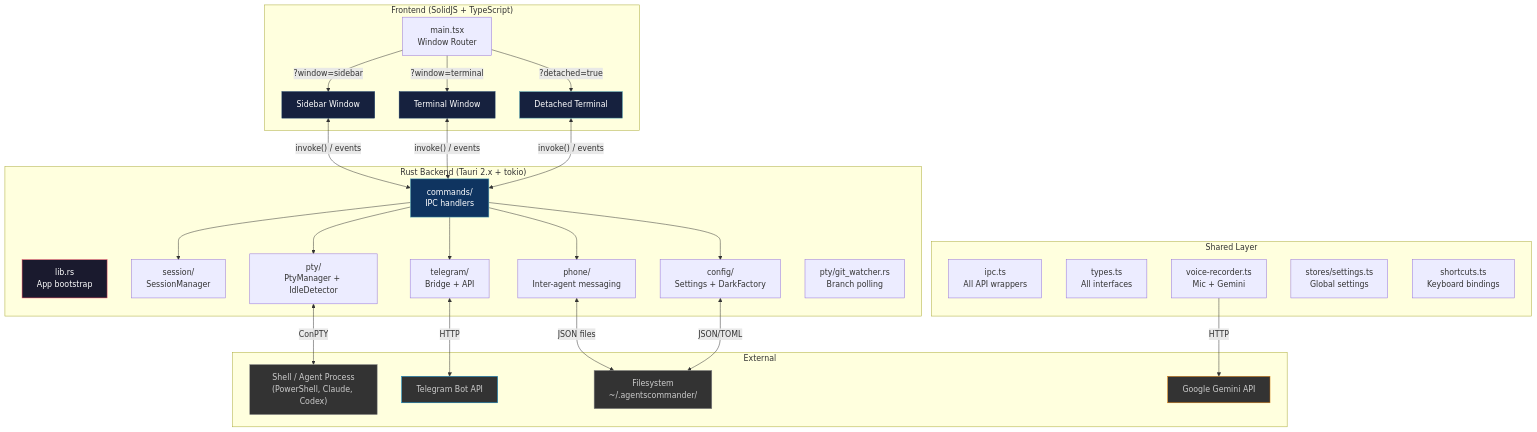
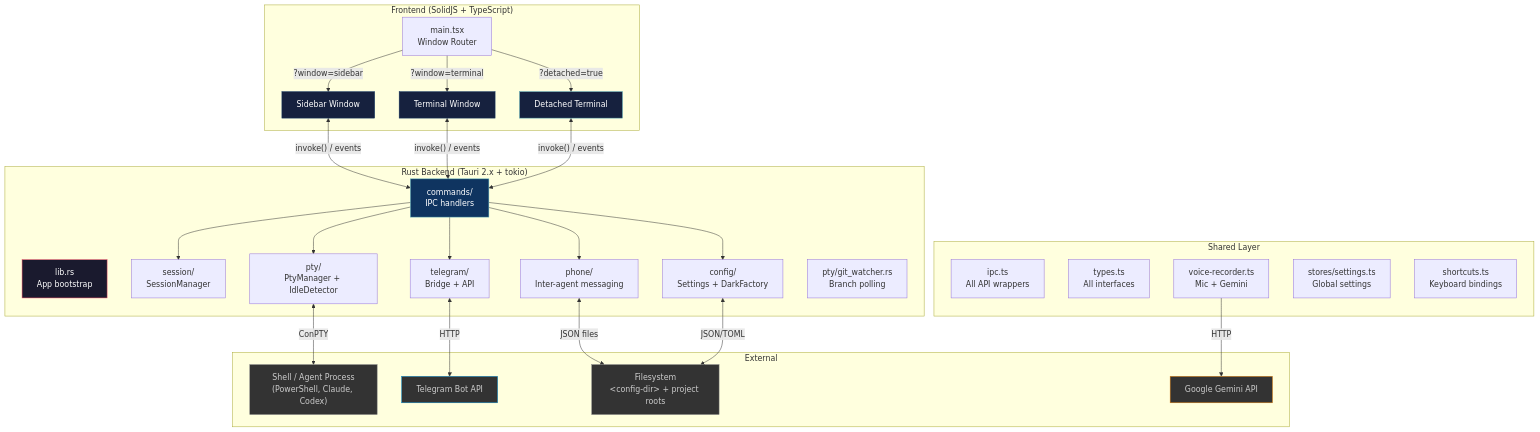
One commit to mblua/AgentsCommander changed the first of 16 diagrams in docs/reference/architecture.md. Above: the diagram before and after it, drawn with Mermaid. The commit also changed other lines of this file and 95 other files, not shown here.

````diff
--- a/docs/reference/architecture.md
+++ b/docs/reference/architecture.md
@@ -11,61 +11,61 @@
 ```mermaid
 graph TB
     subgraph "Frontend (SolidJS + TypeScript)"
         MAIN["main.tsx<br/>Window Router"]
         MAIN -->|"?window=sidebar"| SB["Sidebar Window"]
         MAIN -->|"?window=terminal"| TM["Terminal Window"]
         MAIN -->|"?detached=true"| DT["Detached Terminal"]
     end
 
     subgraph "Shared Layer"
         IPC["ipc.ts<br/>All API wrappers"]
         TYPES["types.ts<br/>All interfaces"]
         VOICE["voice-recorder.ts<br/>Mic + Gemini"]
         SETTINGS_STORE["stores/settings.ts<br/>Global settings"]
         SHORTCUTS["shortcuts.ts<br/>Keyboard bindings"]
     end
 
     subgraph "Rust Backend (Tauri 2.x + tokio)"
         LIB["lib.rs<br/>App bootstrap"]
         CMD["commands/<br/>IPC handlers"]
         SESS["session/<br/>SessionManager"]
         PTY["pty/<br/>PtyManager + IdleDetector"]
         TG["telegram/<br/>Bridge + API"]
         PH["phone/<br/>Inter-agent messaging"]
         CFG["config/<br/>Settings + DarkFactory"]
         GW["pty/git_watcher.rs<br/>Branch polling"]
     end
 
     subgraph "External"
         SHELL["Shell / Agent Process<br/>(PowerShell, Claude, Codex)"]
         TGAPI["Telegram Bot API"]
         GEMINI["Google Gemini API"]
-        FS["Filesystem<br/>~/.agentscommander/"]
+        FS["Filesystem<br/>&lt;config-dir&gt; + project roots"]
     end
 
     SB <-->|"invoke() / events"| CMD
     TM <-->|"invoke() / events"| CMD
     DT <-->|"invoke() / events"| CMD
 
     CMD --> SESS
     CMD --> PTY
     CMD --> TG
     CMD --> PH
     CMD --> CFG
 
     PTY <-->|"ConPTY"| SHELL
     TG <-->|"HTTP"| TGAPI
     VOICE -->|"HTTP"| GEMINI
     CFG <-->|"JSON/TOML"| FS
     PH <-->|"JSON files"| FS
 
     style SB fill:#16213e,stroke:#0f3460,color:#fff
     style TM fill:#16213e,stroke:#0f3460,color:#fff
     style DT fill:#16213e,stroke:#53a8b6,color:#fff
     style LIB fill:#1a1a2e,stroke:#e94560,color:#fff
     style CMD fill:#0f3460,stroke:#53a8b6,color:#fff
     style SHELL fill:#333,stroke:#888,color:#ccc
     style TGAPI fill:#333,stroke:#0088cc,color:#ccc
     style GEMINI fill:#333,stroke:#d97706,color:#ccc
     style FS fill:#333,stroke:#888,color:#ccc
 ```
````
